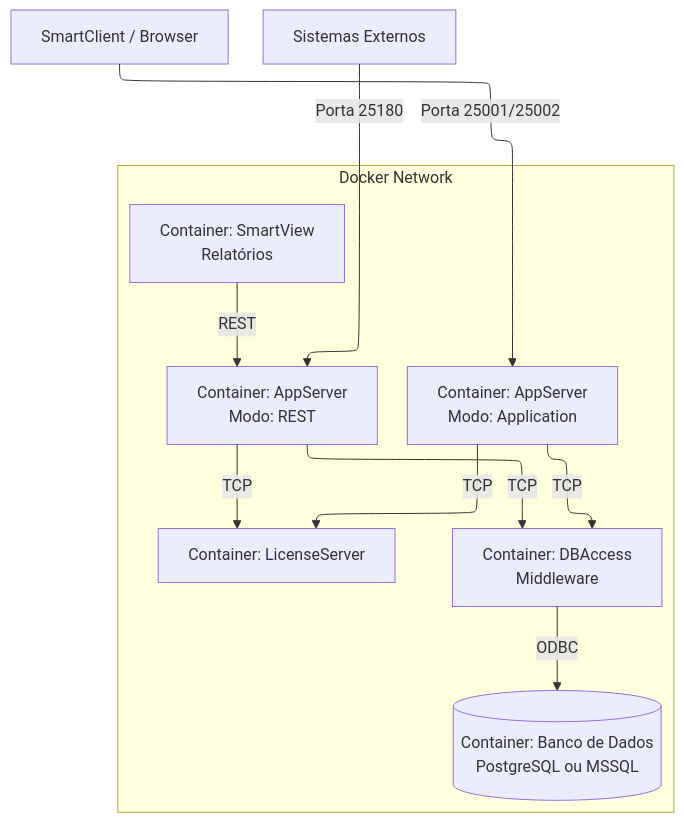
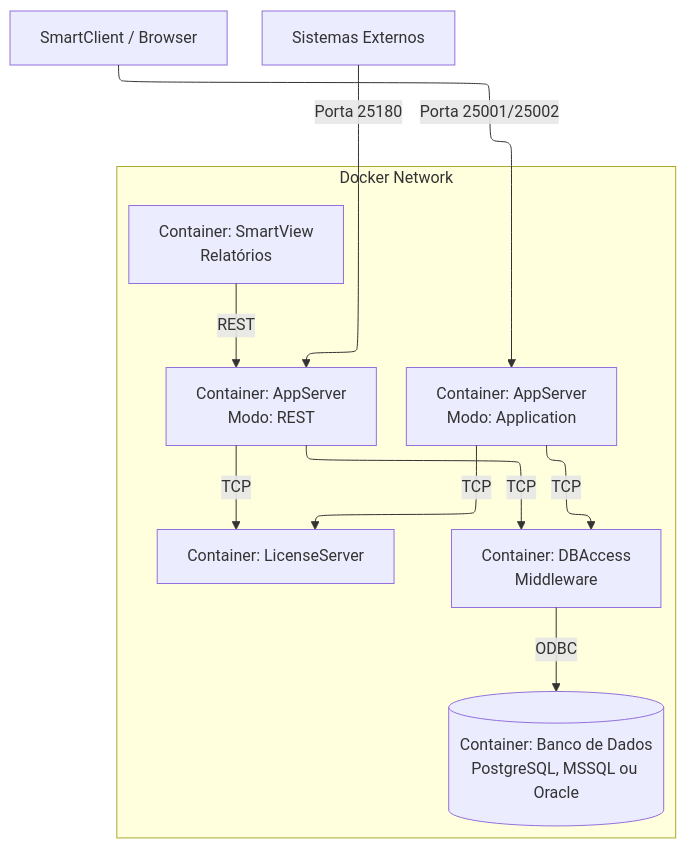
The diagram in docs/v1.0/02_Arquitetura.md (juliansantosinfo/TOTVS-Protheus-in-Docker), drawn with Mermaid before and after one commit. The commit also changed other lines of this file and 14 other files, not shown here.

First line of the commit message:
feat: suporte ao Oracle Database, resiliência do DBAccess e otimizações de infraestrutura

````diff
--- a/docs/v1.0/02_Arquitetura.md
+++ b/docs/v1.0/02_Arquitetura.md
@@ -9,21 +9,21 @@
 ```mermaid
 ---
 config:
   layout: elk
 ---
 flowchart TB
  subgraph subGraph0["Docker Network"]
         AppServer["Container: AppServer<br>Modo: Application"]
         AppRest["Container: AppServer<br>Modo: REST"]
         SmartView["Container: SmartView<br>Relatórios"]
         DBAccess["Container: DBAccess<br>Middleware"]
         License["Container: LicenseServer"]
-        Database[("Container: Banco de Dados<br>PostgreSQL ou MSSQL")]
+        Database[("Container: Banco de Dados<br>PostgreSQL, MSSQL ou Oracle")]
   end
     Client["SmartClient / Browser"] -- Porta 25001/25002 --> AppServer
     ExtSystem["Sistemas Externos"] -- Porta 25180 --> AppRest
     AppServer -- TCP --> DBAccess & License
     AppRest -- TCP --> DBAccess & License
     SmartView -- REST --> AppRest
     DBAccess -- ODBC --> Database
 ```
````
